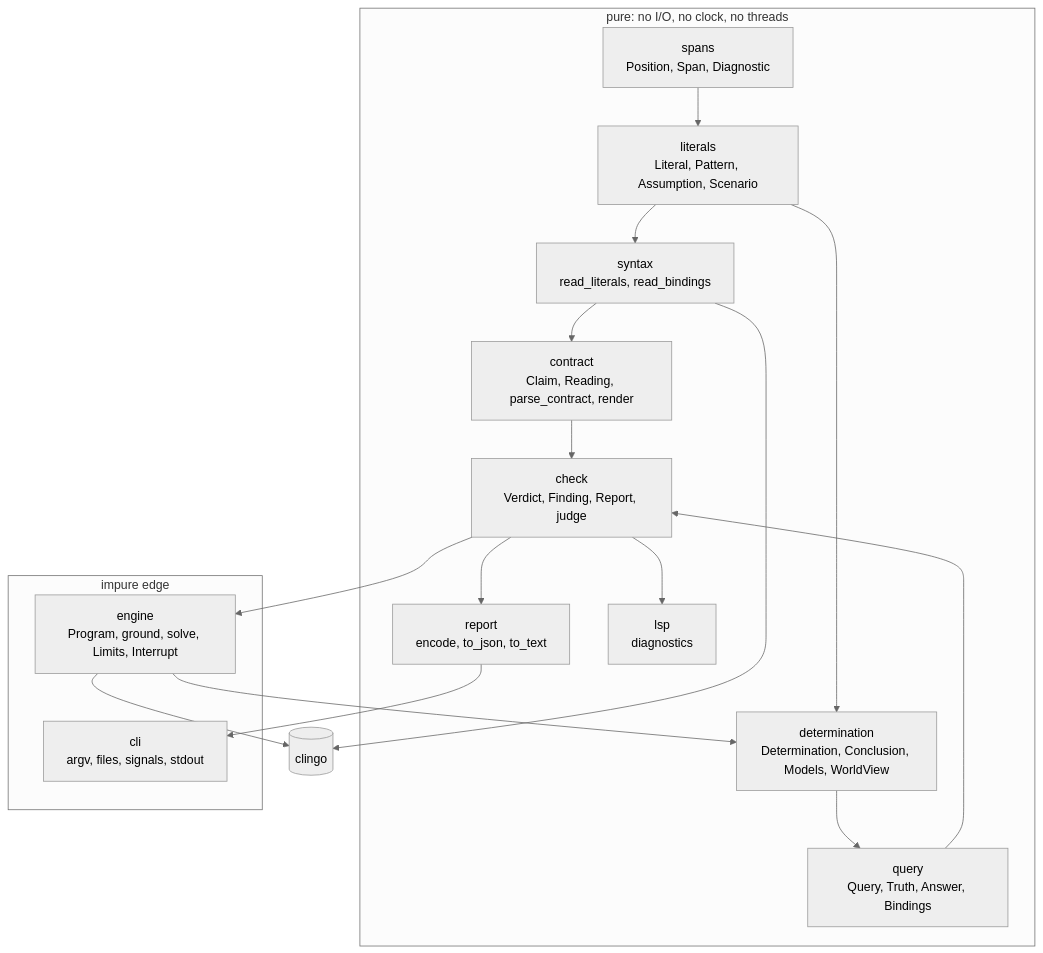
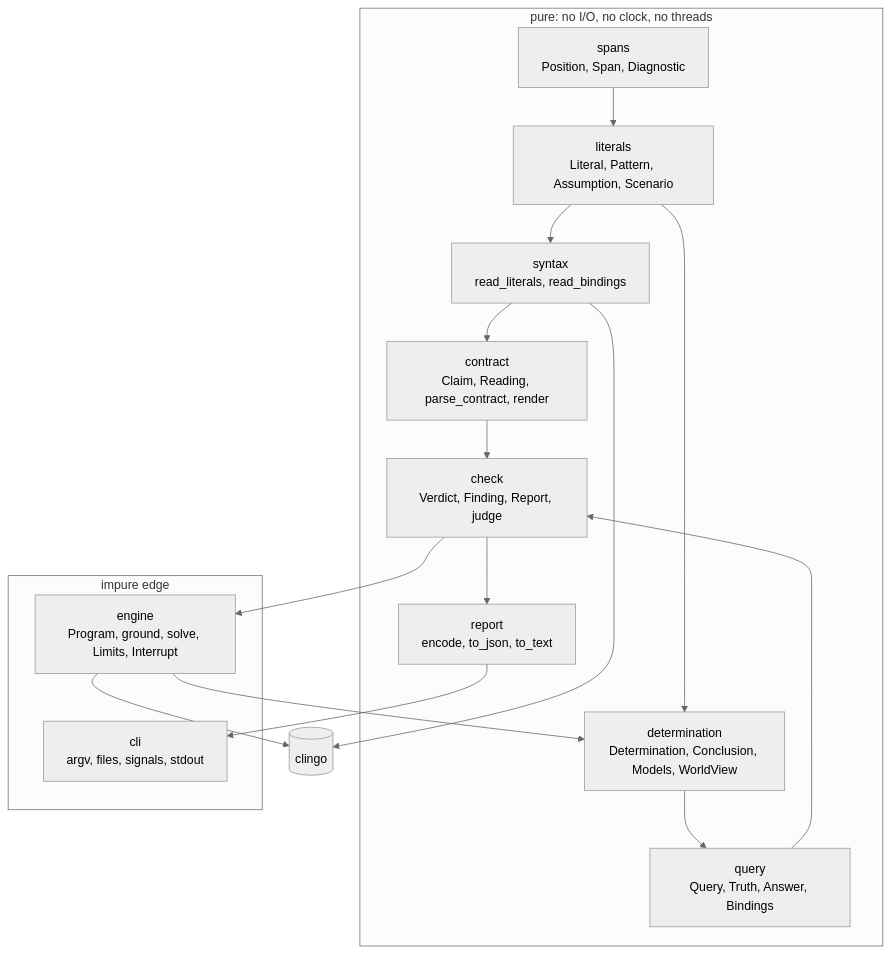
The first of 2 diagrams in DESIGN-2026-10-30.md (GregoryGelfond/elenctic), drawn with Mermaid (neutral theme) before and after one commit. The commit also changed other lines of this file and 3 other files, not shown here.

Commit message:
Remove the LSP diagnostics module: language servers are clients in their own projects

````diff
--- a/DESIGN-2026-10-30.md
+++ b/DESIGN-2026-10-30.md
@@ -83,28 +82,26 @@
 ```mermaid
 flowchart TD
     subgraph pure["pure: no I/O, no clock, no threads"]
         spans["spans<br/>Position, Span, Diagnostic"]
         literals["literals<br/>Literal, Pattern, Assumption, Scenario"]
         syntax["syntax<br/>read_literals, read_bindings"]
         determination["determination<br/>Determination, Conclusion, Models, WorldView"]
         query["query<br/>Query, Truth, Answer, Bindings"]
         contract["contract<br/>Claim, Reading, parse_contract, render"]
         check["check<br/>Verdict, Finding, Report, judge"]
         report["report<br/>encode, to_json, to_text"]
-        lsp["lsp<br/>diagnostics"]
     end
     subgraph impure["impure edge"]
         engine["engine<br/>Program, ground, solve, Limits, Interrupt"]
         cli["cli<br/>argv, files, signals, stdout"]
     end
     clingo[(clingo)]
     spans --> literals --> syntax --> contract
     literals --> determination --> query --> check
     contract --> check
     engine --> determination
     engine --> clingo
     syntax --> clingo
     check --> engine
     check --> report --> cli
-    check --> lsp
 ```
````
